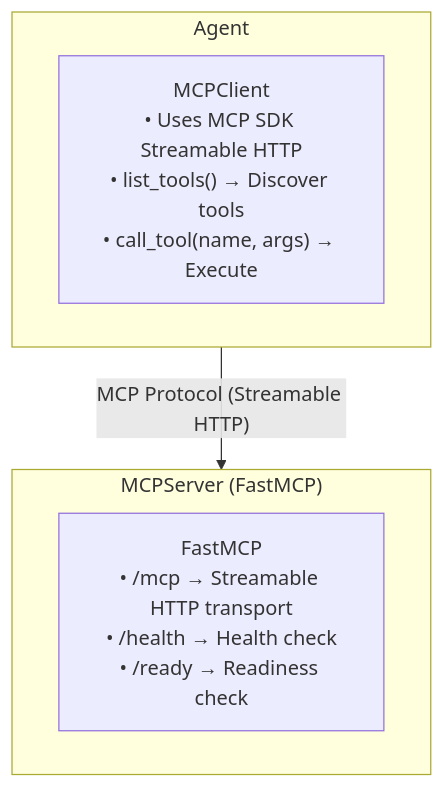
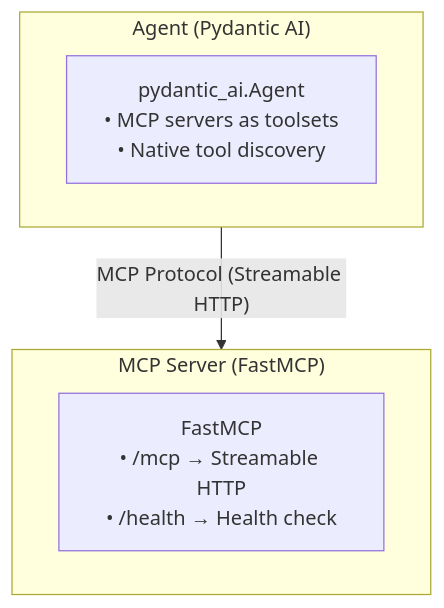
Before and after one commit to axsaucedo/kaos: the diagram in docs/python-framework/mcp-tools.md, drawn with Mermaid. The commit also changed other lines of this file and 7 other files, not shown here.

First line of the commit message:
docs: update python framework docs for pydantic-ai architecture

````diff
--- a/docs/python-framework/mcp-tools.md
+++ b/docs/python-framework/mcp-tools.md
@@ -7,12 +7,12 @@
 ```mermaid
 flowchart TB
-    subgraph agent["Agent"]
-        client["MCPClient<br/>• Uses MCP SDK Streamable HTTP<br/>• list_tools() → Discover tools<br/>• call_tool(name, args) → Execute"]
+    subgraph agent["Agent (Pydantic AI)"]
+        pydantic["pydantic_ai.Agent<br/>• MCP servers as toolsets<br/>• Native tool discovery"]
     end
     
-    subgraph server["MCPServer (FastMCP)"]
-        fastmcp["FastMCP<br/>• /mcp → Streamable HTTP transport<br/>• /health → Health check<br/>• /ready → Readiness check"]
+    subgraph mcp["MCP Server (FastMCP)"]
+        fastmcp["FastMCP<br/>• /mcp → Streamable HTTP<br/>• /health → Health check"]
     end
     
-    agent -->|"MCP Protocol (Streamable HTTP)"| server
+    agent -->|"MCP Protocol (Streamable HTTP)"| mcp
 ```
````
